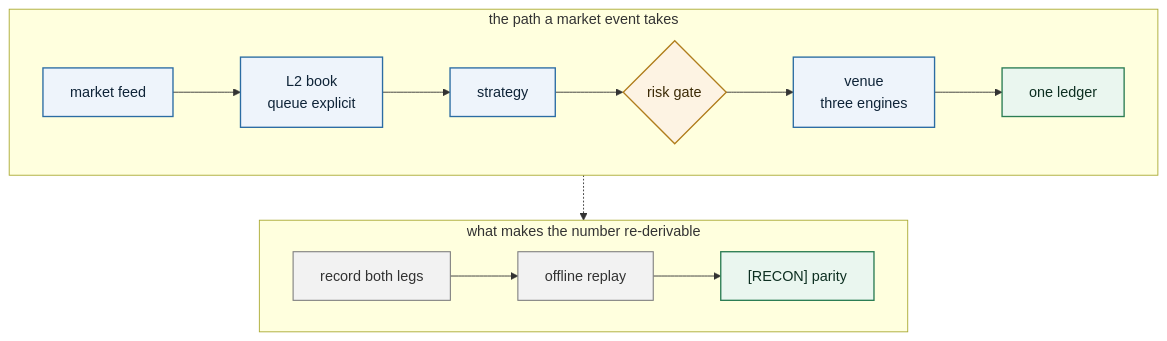
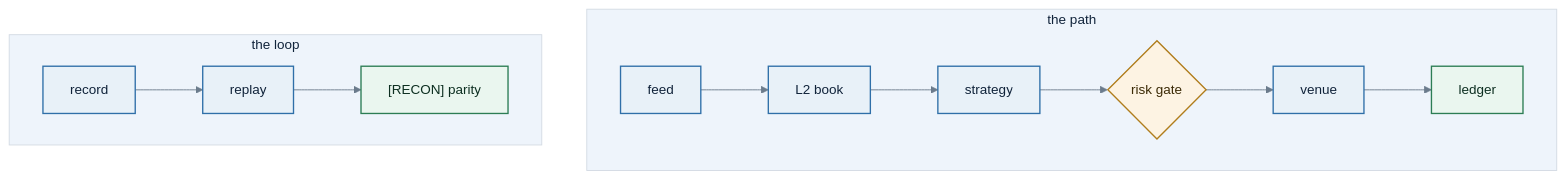
The diagram in docs/_figures/path.mmd (12mango/ToyQuant), drawn with Mermaid before and after one commit. The commit also changed 3 other files, not shown here.

First line of the commit message:
Make the two figures lay out sideways and read in either palette

````diff
--- a/docs/_figures/path.mmd
+++ b/docs/_figures/path.mmd
@@ -1,27 +1,25 @@
 ```mermaid
-%% The end-to-end path in two layers, not one row: the pipeline a market event takes, and the loop that makes a number
-%% re-derivable. Eleven boxes in a single row is a diagram nobody can read at page width.
-%% Every node carries its own fill and text colour on purpose: Mermaid's default theme draws dark text on a transparent
-%% background, which disappears in Material's dark mode, so the figure has to be self-contained rather than themed.
+%%{init: {"theme":"base","themeVariables":{"fontSize":"15px","primaryColor":"#e8f1f8","primaryTextColor":"#10233a","primaryBorderColor":"#2f6fa8","lineColor":"#6b7b8c","textColor":"#10233a","nodeTextColor":"#10233a","titleColor":"#10233a","tertiaryColor":"#eef4fb"}}}%%
+%% Two stacked rows, not one wide row: eleven boxes in a line is unreadable at page width.
+%% No edge joins the two subgraphs, and that is the fix for the vertical column this figure used to be: Mermaid
+%% ignores `direction` inside a subgraph that has an edge to another one, so the row collapsed into a kebab.
+%% The palette is pinned with `theme: base` and explicit text colours, because a classDef `color` alone was overridden
+%% by the theme and left grey text on a pale fill.
 flowchart TB
-    subgraph pipeline["the path a market event takes"]
+    subgraph path["the path"]
         direction LR
-        F["market feed"] --> B["L2 book<br/>queue explicit"] --> S["strategy"] --> G{"risk gate"} --> V["venue<br/>three engines"] --> L["one ledger"]
+        F["feed"] --> B["L2 book"] --> S["strategy"] --> G{"risk gate"} --> V["venue"] --> L["ledger"]
     end
 
-    subgraph loop["what makes the number re-derivable"]
+    subgraph loop["the loop"]
         direction LR
-        R["record both legs"] --> P["offline replay"] --> C["[RECON] parity"]
+        R["record"] --> P["replay"] --> C["[RECON] parity"]
     end
 
-    L -.-> R
-
-    classDef box fill:#eef4fb,stroke:#2b6ca3,stroke-width:1.5px,color:#0f2438
+    classDef box fill:#e8f1f8,stroke:#2f6fa8,stroke-width:1.5px,color:#10233a
     classDef gate fill:#fdf3e3,stroke:#b07d1c,stroke-width:1.5px,color:#3b2a06
     classDef good fill:#eaf6ef,stroke:#2c7d54,stroke-width:1.5px,color:#0d2f21
-    classDef note fill:#f2f2f2,stroke:#7d7d7d,stroke-width:1.2px,color:#333333
-    class F,B,S,V box
+    class F,B,S,V,R,P box
     class G gate
     class L,C good
-    class R,P note
 ```
````
